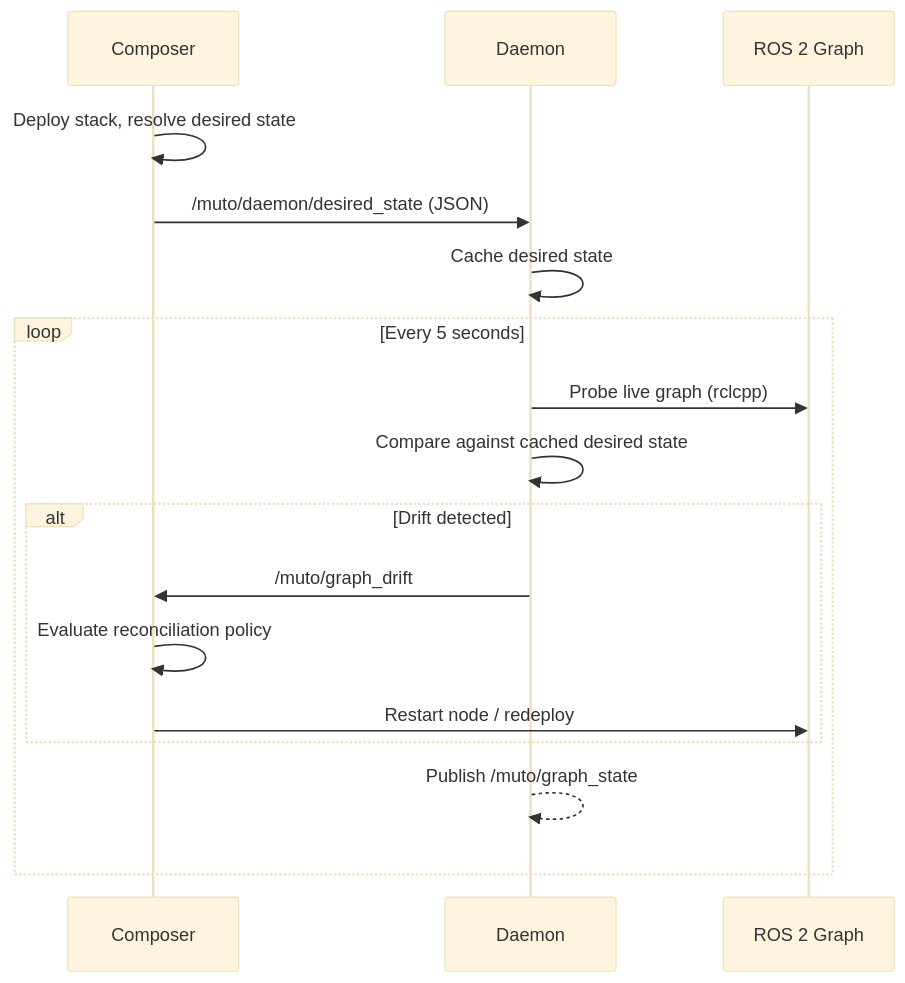
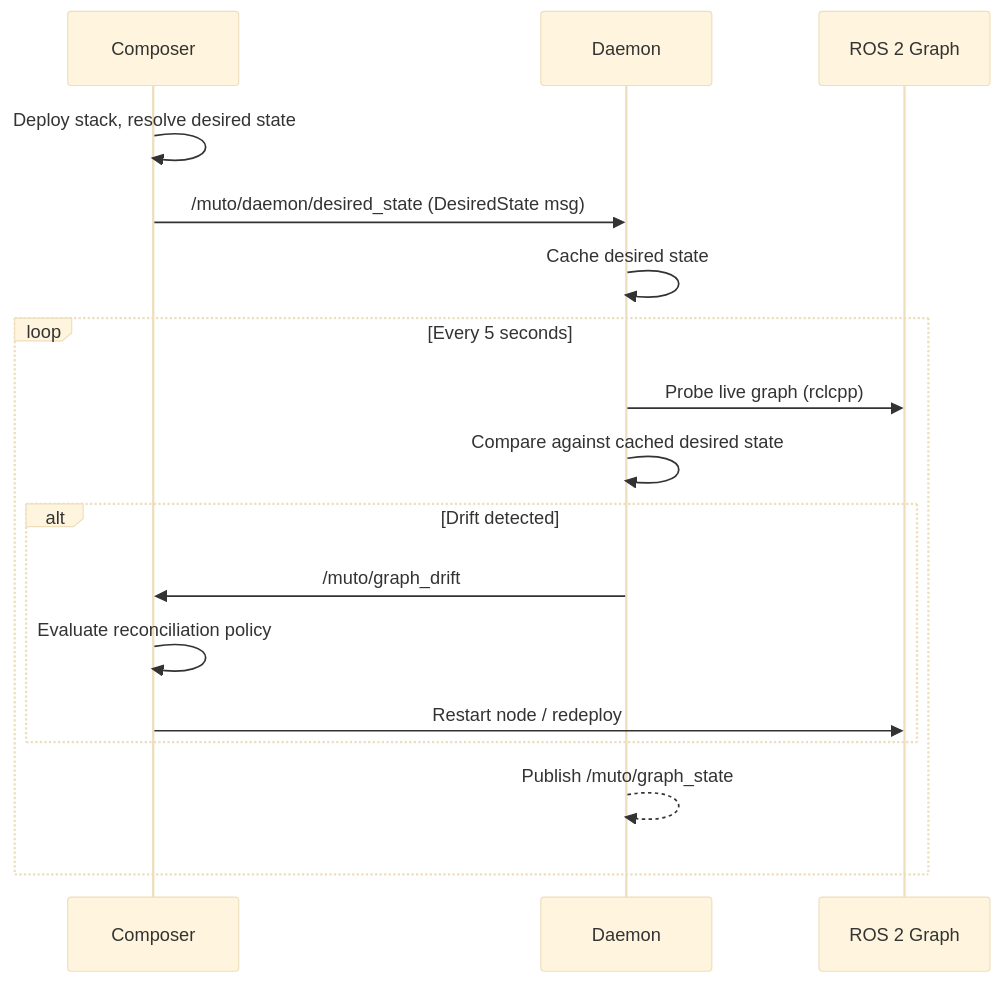
The third of 4 diagrams in docs/contributing/mep/MEP-0001.md (ibrahimsel/docs), drawn with Mermaid (base theme) before and after one commit. The commit also changed other lines of this file, not shown here.

````diff
--- a/docs/contributing/mep/MEP-0001.md
+++ b/docs/contributing/mep/MEP-0001.md
@@ -354,20 +394,20 @@
 ```mermaid
 sequenceDiagram
     participant C as Composer
     participant D as Daemon
     participant RG as ROS 2 Graph
 
     C->>C: Deploy stack, resolve desired state
-    C->>D: /muto/daemon/desired_state (JSON)
+    C->>D: /muto/daemon/desired_state (DesiredState msg)
     D->>D: Cache desired state
     loop Every 5 seconds
         D->>RG: Probe live graph (rclcpp)
         D->>D: Compare against cached desired state
         alt Drift detected
             D->>C: /muto/graph_drift
             C->>C: Evaluate reconciliation policy
             C->>RG: Restart node / redeploy
         end
         D-->>D: Publish /muto/graph_state
     end
 ```
````
